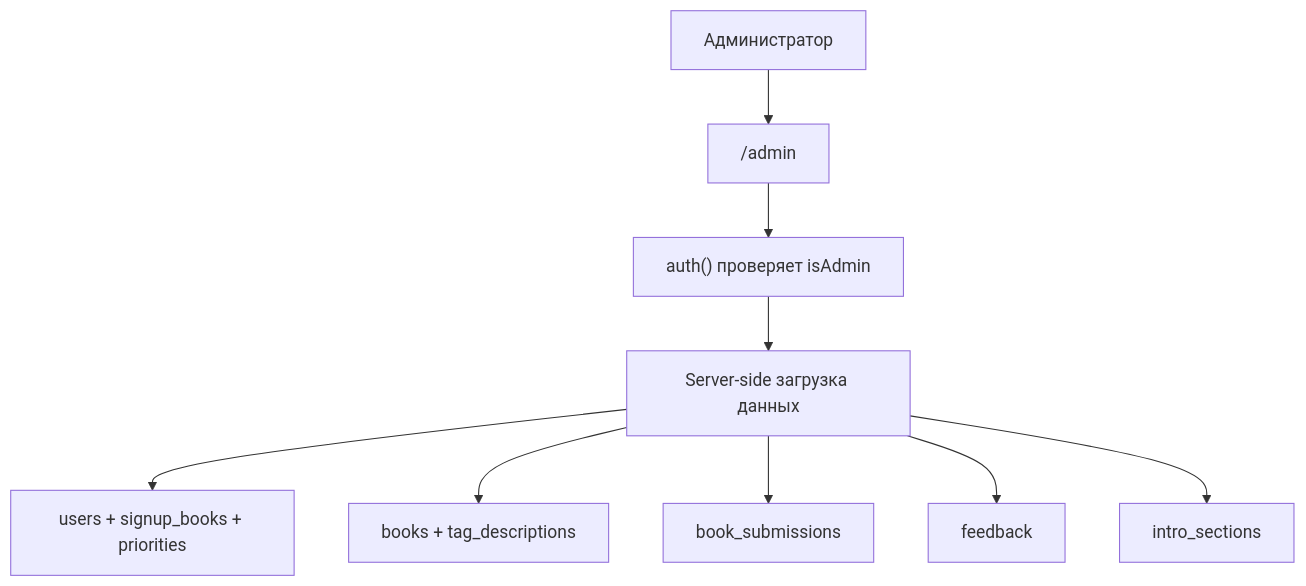
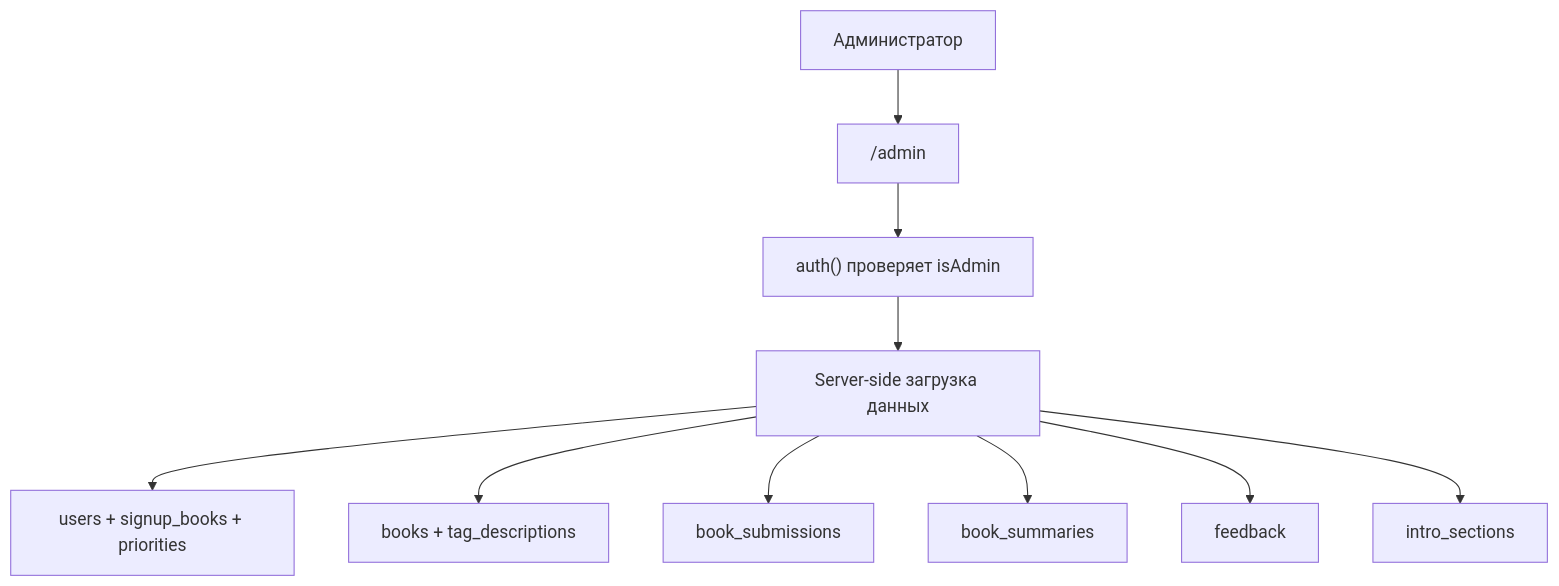
Before and after one commit to bon2362/book-club: the diagram in docs/wiki/Admin-Panel.md, drawn with Mermaid. The commit also changed other lines of this file and 50 other files, not shown here.

First line of the commit message:
feat: add member book summaries (#407)

````diff
--- a/docs/wiki/Admin-Panel.md
+++ b/docs/wiki/Admin-Panel.md
@@ -18,11 +19,12 @@
 ```mermaid
 flowchart TD
     Admin["Администратор"] --> Page["/admin"]
     Page --> Auth["auth() проверяет isAdmin"]
     Auth --> Data["Server-side загрузка данных"]
     Data --> Users["users + signup_books + priorities"]
     Data --> Books["books + tag_descriptions"]
     Data --> Submissions["book_submissions"]
+    Data --> Summaries["book_summaries"]
     Data --> Feedback["feedback"]
     Data --> Intro["intro_sections"]
 ```
````
